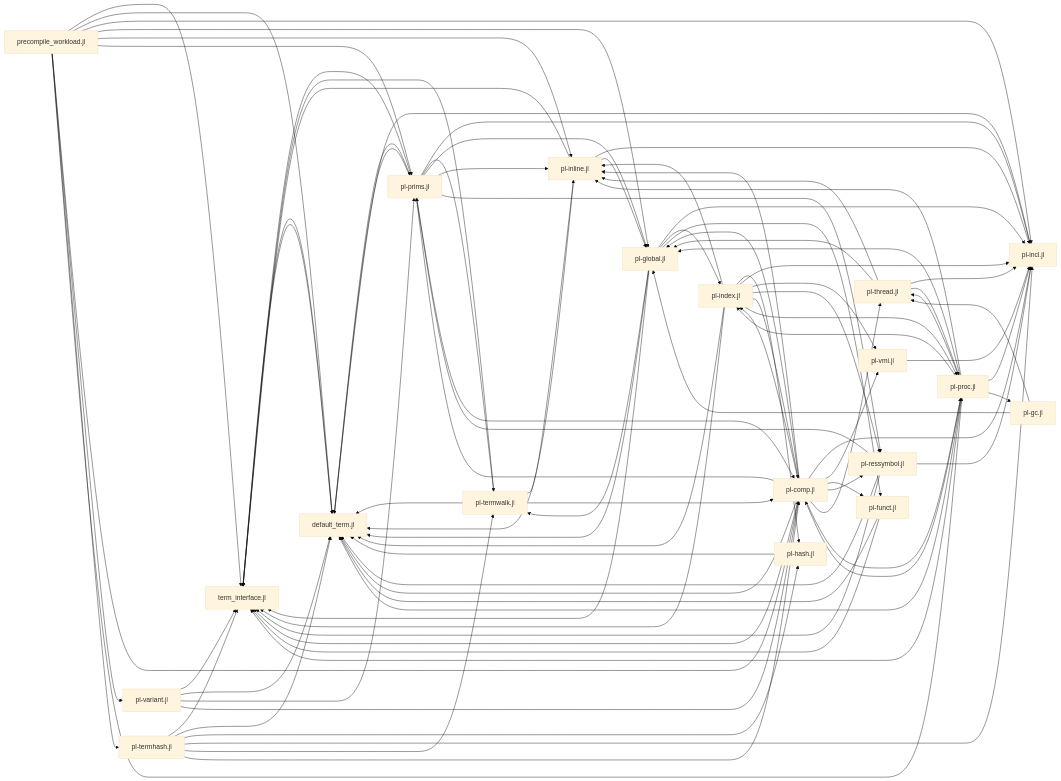
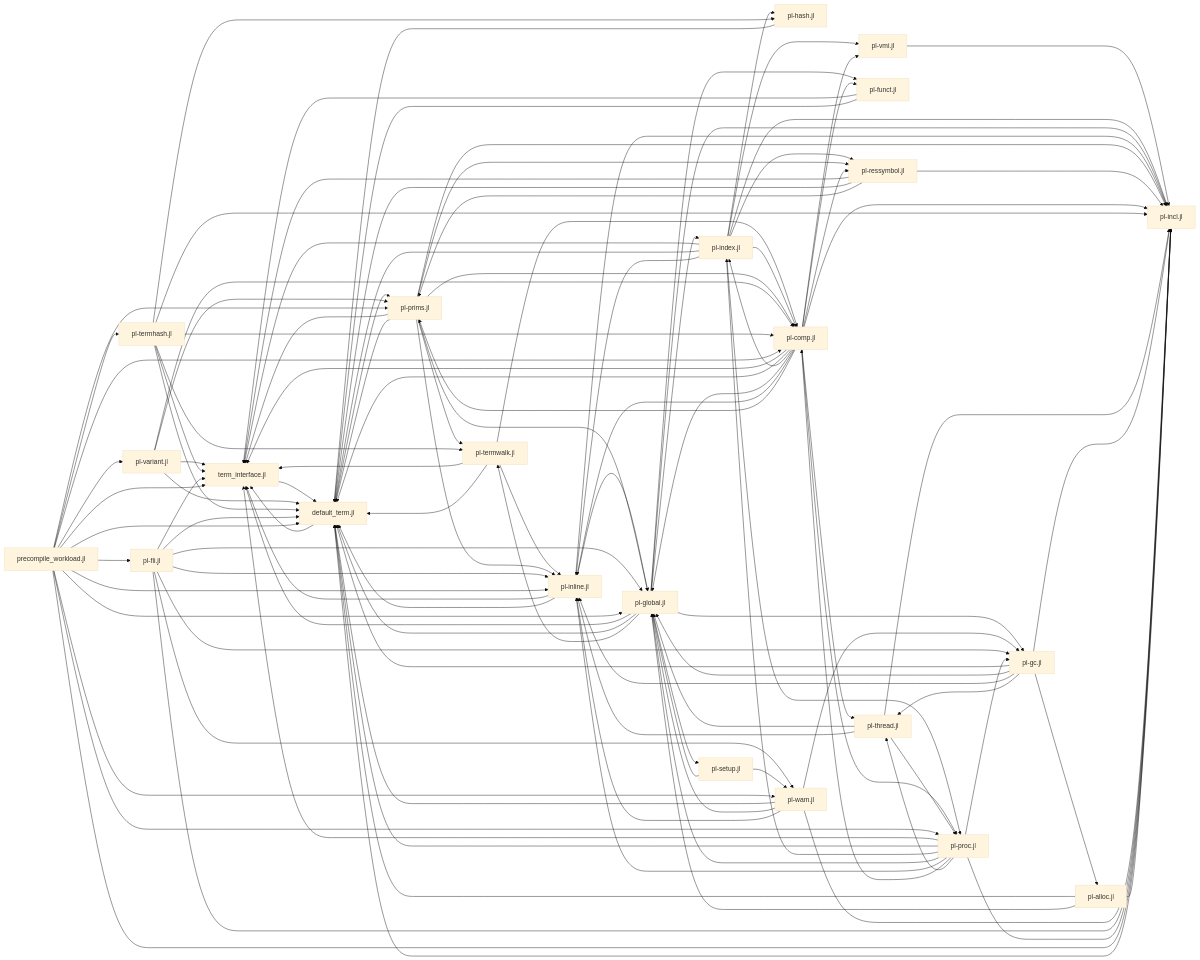
The first of 2 diagrams in docs/architecture.md (CognitiveSubstratesAI/LogicKernel), drawn with Mermaid (base theme) before and after one commit. The commit also changed other lines of this file and 18 other files, not shown here.

````diff
--- a/docs/architecture.md
+++ b/docs/architecture.md
@@ -285,6 +290,10 @@
     pl_termhash["pl-termhash.jl"]
     pl_thread["pl-thread.jl"]
     pl_gc["pl-gc.jl"]
+    pl_alloc["pl-alloc.jl"]
+    pl_wam["pl-wam.jl"]
+    pl_fli["pl-fli.jl"]
+    pl_setup["pl-setup.jl"]
     pl_proc["pl-proc.jl"]
     precompile_workload["precompile_workload.jl"]
     term_interface --> default_term
@@ -314,6 +323,8 @@
     pl_global --> pl_termwalk
     pl_global --> pl_index
     pl_global --> pl_funct
+    pl_global --> pl_gc
+    pl_global --> pl_setup
     pl_inline --> term_interface
     pl_inline --> default_term
     pl_inline --> pl_incl
@@ -356,8 +367,29 @@
     pl_thread --> pl_global
     pl_thread --> pl_inline
     pl_thread --> pl_proc
+    pl_gc --> default_term
+    pl_gc --> pl_incl
     pl_gc --> pl_global
+    pl_gc --> pl_inline
     pl_gc --> pl_thread
+    pl_gc --> pl_alloc
+    pl_alloc --> default_term
+    pl_alloc --> pl_incl
+    pl_alloc --> pl_global
+    pl_wam --> default_term
+    pl_wam --> pl_incl
+    pl_wam --> pl_global
+    pl_wam --> pl_inline
+    pl_wam --> pl_gc
+    pl_fli --> term_interface
+    pl_fli --> default_term
+    pl_fli --> pl_incl
+    pl_fli --> pl_global
+    pl_fli --> pl_inline
+    pl_fli --> pl_gc
+    pl_fli --> pl_wam
+    pl_setup --> pl_global
+    pl_setup --> pl_wam
     pl_proc --> term_interface
     pl_proc --> default_term
     pl_proc --> pl_incl
@@ -376,5 +408,7 @@
     precompile_workload --> pl_comp
     precompile_workload --> pl_variant
     precompile_workload --> pl_termhash
+    precompile_workload --> pl_wam
+    precompile_workload --> pl_fli
     precompile_workload --> pl_proc
 ```
````
